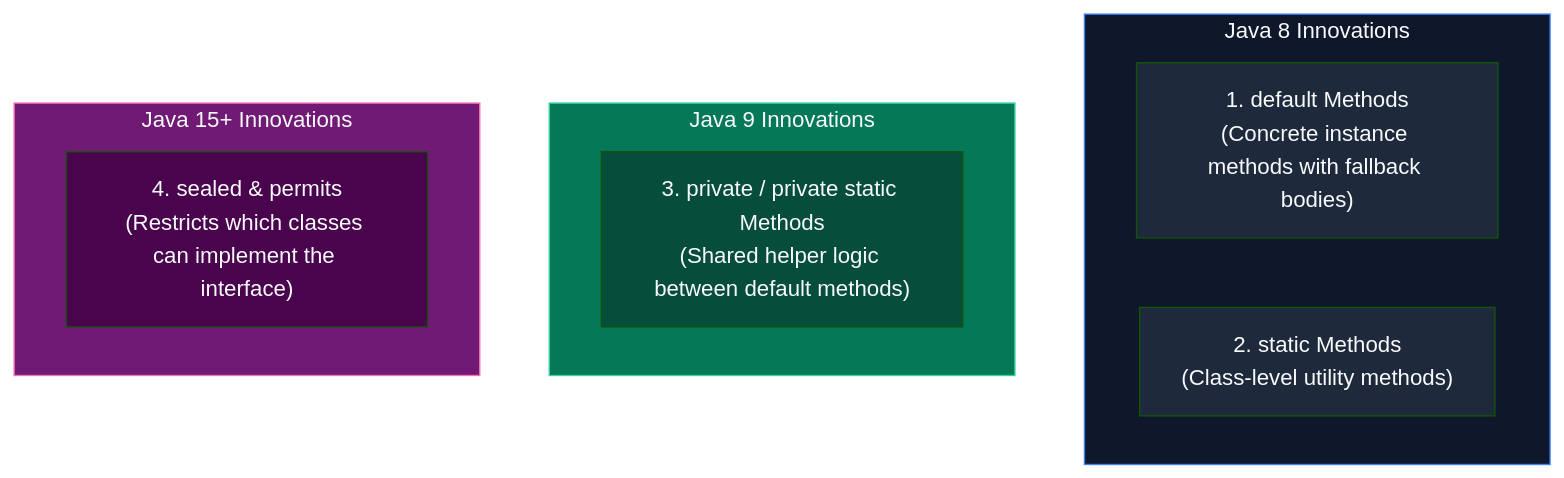
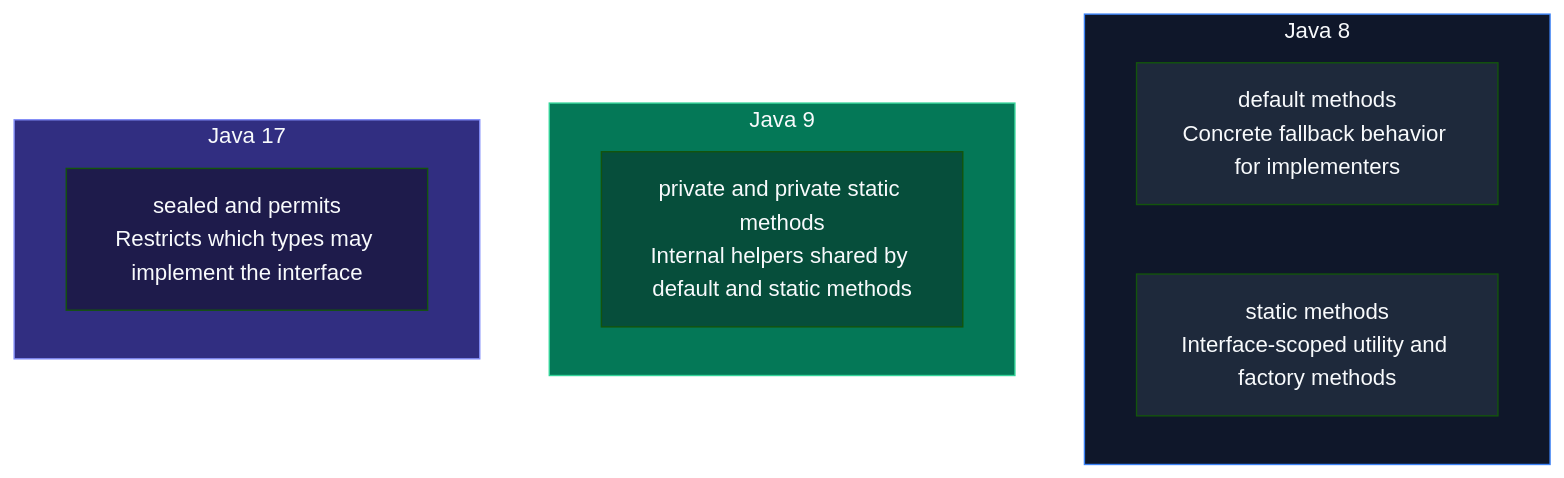
One commit to ravishankar2463/java_hub changed the second of 2 diagrams in content/roadmap/level-1/abstraction.md. Above: the diagram before and after it, drawn with Mermaid (forest theme). The commit also changed other lines of this file and 119 other files, not shown here.

Commit message:
feat: add comprehensive java learning roadmap content across multiple levels

````diff
--- a/content/roadmap/level-1/abstraction.md
+++ b/content/roadmap/level-1/abstraction.md
@@ -209,23 +237,23 @@
 ```mermaid
 flowchart TD
-    subgraph J8 ["Java 8 Innovations"]
-        D["1. default Methods<br/>(Concrete instance methods with fallback bodies)"]
-        S["2. static Methods<br/>(Class-level utility methods)"]
+    subgraph J8 ["Java 8"]
+        D["default methods<br/>Concrete fallback behavior for implementers"]
+        S["static methods<br/>Interface-scoped utility and factory methods"]
     end
 
-    subgraph J9 ["Java 9 Innovations"]
-        P["3. private / private static Methods<br/>(Shared helper logic between default methods)"]
+    subgraph J9 ["Java 9"]
+        P["private and private static methods<br/>Internal helpers shared by default and static methods"]
     end
 
-    subgraph J15 ["Java 15+ Innovations"]
-        SL["4. sealed & permits<br/>(Restricts which classes can implement the interface)"]
+    subgraph J17 ["Java 17"]
+        SL["sealed and permits<br/>Restricts which types may implement the interface"]
     end
 
     style J8 fill:#0f172a,stroke:#3b82f6,color:#f8fafc
     style J9 fill:#047857,stroke:#34d399,color:#f8fafc
-    style J15 fill:#701a75,stroke:#f472b6,color:#f8fafc
+    style J17 fill:#312e81,stroke:#818cf8,color:#f8fafc
     style D fill:#1e293b,color:#f8fafc
     style S fill:#1e293b,color:#f8fafc
     style P fill:#064e3b,color:#f8fafc
-    style SL fill:#4a044e,color:#f8fafc
+    style SL fill:#1e1b4b,color:#f8fafc
 ```
````
